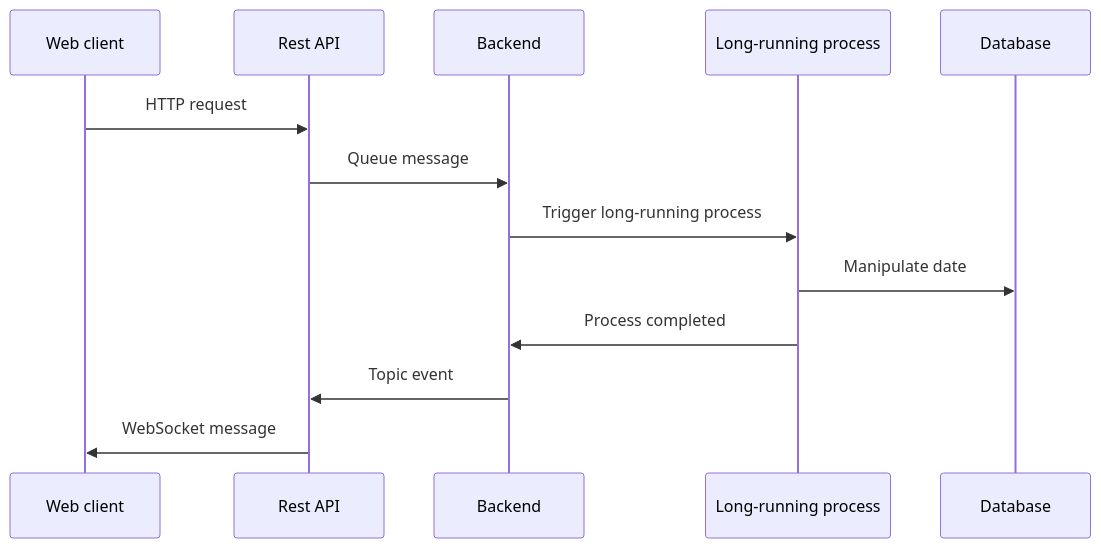
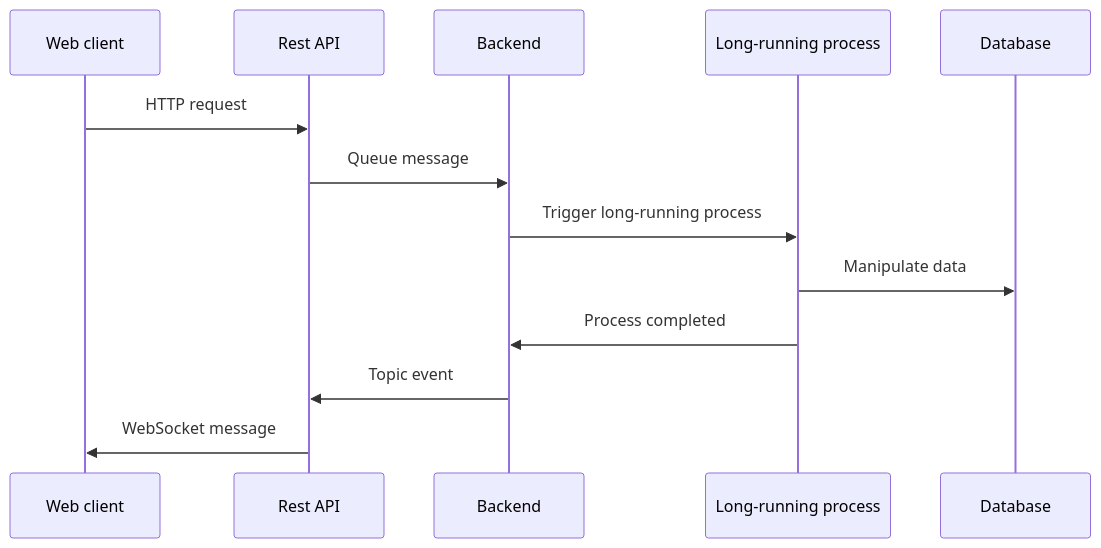
The diagram in _posts/2022-06-11-distributed-systems-evolution-challenges.md (mauroservienti/milestone.github.io), drawn with Mermaid before and after one commit.

```diff
--- a/_posts/2022-06-11-distributed-systems-evolution-challenges.md
+++ b/_posts/2022-06-11-distributed-systems-evolution-challenges.md
@@ -29,10 +29,10 @@
 <div class="mermaid">
 sequenceDiagram
    Web client ->> Rest API: HTTP request
    Rest API ->> Backend: Queue message
    Backend ->> Long-running process: Trigger long-running process
-   Long-running process ->> Database: Manipulate date
+   Long-running process ->> Database: Manipulate data
    Long-running process ->> Backend: Process completed
    Backend ->> Rest API: Topic event
    Rest API ->> Web client: WebSocket message
 </div>
```
